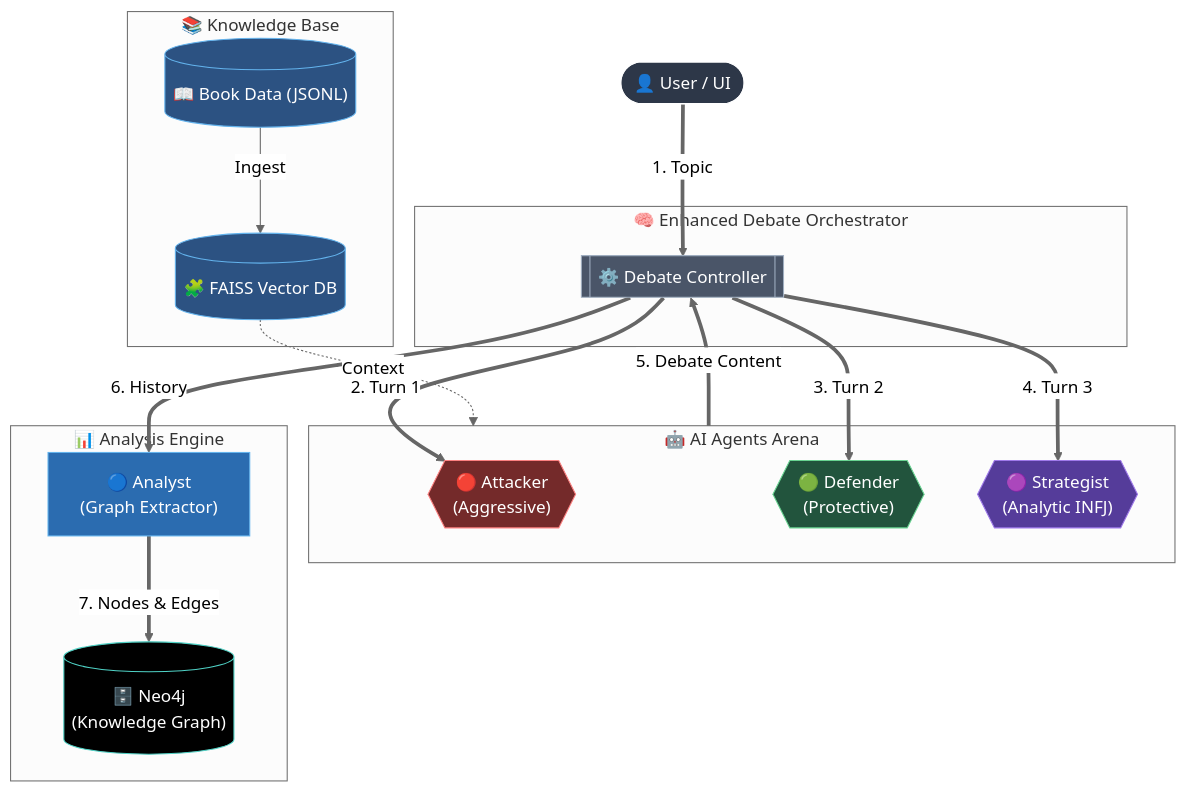
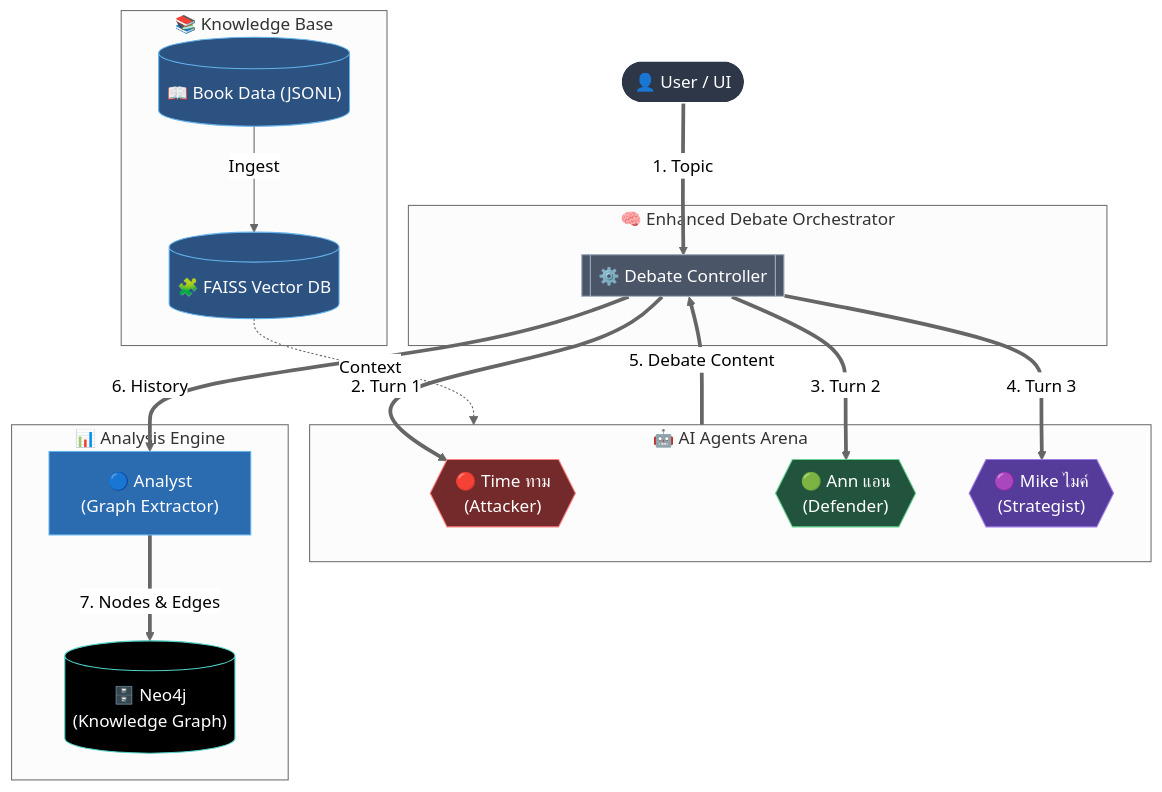
Before and after one commit to Mike0165115321/knowledge-graph: the first of 2 diagrams in docs/SYSTEM_ARCHITECTURE.md, drawn with Mermaid (neutral theme). The commit also changed 9 other files, not shown here.

Commit message:
ทาม แอน ไมค์

````diff
--- a/docs/SYSTEM_ARCHITECTURE.md
+++ b/docs/SYSTEM_ARCHITECTURE.md
@@ -34,58 +34,58 @@
 ```mermaid
 graph TD
     %% Nodes
     User(["👤 User / UI"])
     
     subgraph Core ["🧠 Enhanced Debate Orchestrator"]
         System[["⚙️ Debate Controller"]]
     end
     
     subgraph Knowledge ["📚 Knowledge Base"]
         Books[("📖 Book Data (JSONL)")]
         VectorDB[("🧩 FAISS Vector DB")]
     end
     
     subgraph Agents ["🤖 AI Agents Arena"]
-        Attacker{{"🔴 Attacker<br/>(Aggressive)"}}
-        Defender{{"🟢 Defender<br/>(Protective)"}}
-        Strategist{{"🟣 Strategist<br/>(Analytic INFJ)"}}
+        Attacker{{"🔴 Time ทาม<br/>(Attacker)"}}
+        Defender{{"🟢 Ann แอน<br/>(Defender)"}}
+        Strategist{{"🟣 Mike ไมค์<br/>(Strategist)"}}
     end
     
     subgraph Analysis ["📊 Analysis Engine"]
         Analyst["🔵 Analyst<br/>(Graph Extractor)"]
         Neo4j[("🗄️ Neo4j<br/>(Knowledge Graph)")]
     end
     
     %% Connections
     User ==>|1. Topic| System
     
     Books -->|Ingest| VectorDB
     VectorDB -.->|Context| Agents
     
     System ==>|2. Turn 1| Attacker
     System ==>|3. Turn 2| Defender
     System ==>|4. Turn 3| Strategist
     
     Agents ==>|5. Debate Content| System
     System ==>|6. History| Analyst
     Analyst ==>|7. Nodes & Edges| Neo4j
     
     %% Styling
     classDef user fill:#2d3748,stroke:#fff,color:#fff
     classDef core fill:#4a5568,stroke:#a0aec0,color:#fff
     classDef kb fill:#2c5282,stroke:#63b3ed,color:#fff
     classDef attack fill:#742a2a,stroke:#fc8181,color:#fff
     classDef defend fill:#22543d,stroke:#68d391,color:#fff
     classDef strategy fill:#553c9a,stroke:#9f7aea,color:#fff
     classDef analysis fill:#2b6cb0,stroke:#63b3ed,color:#fff
     classDef db fill:#000000,stroke:#4fd1c5,color:#fff
 
     class User user
     class System core
     class Books,VectorDB kb
     class Attacker attack
     class Defender defend
     class Strategist strategy
     class Analyst analysis
     class Neo4j db
 ```
````
